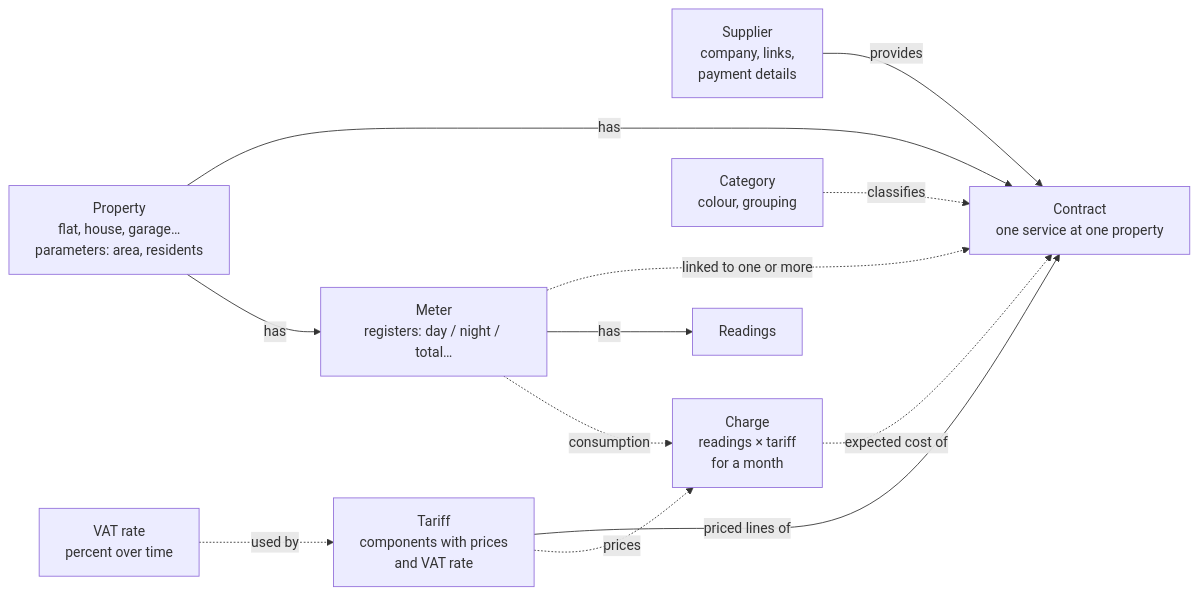
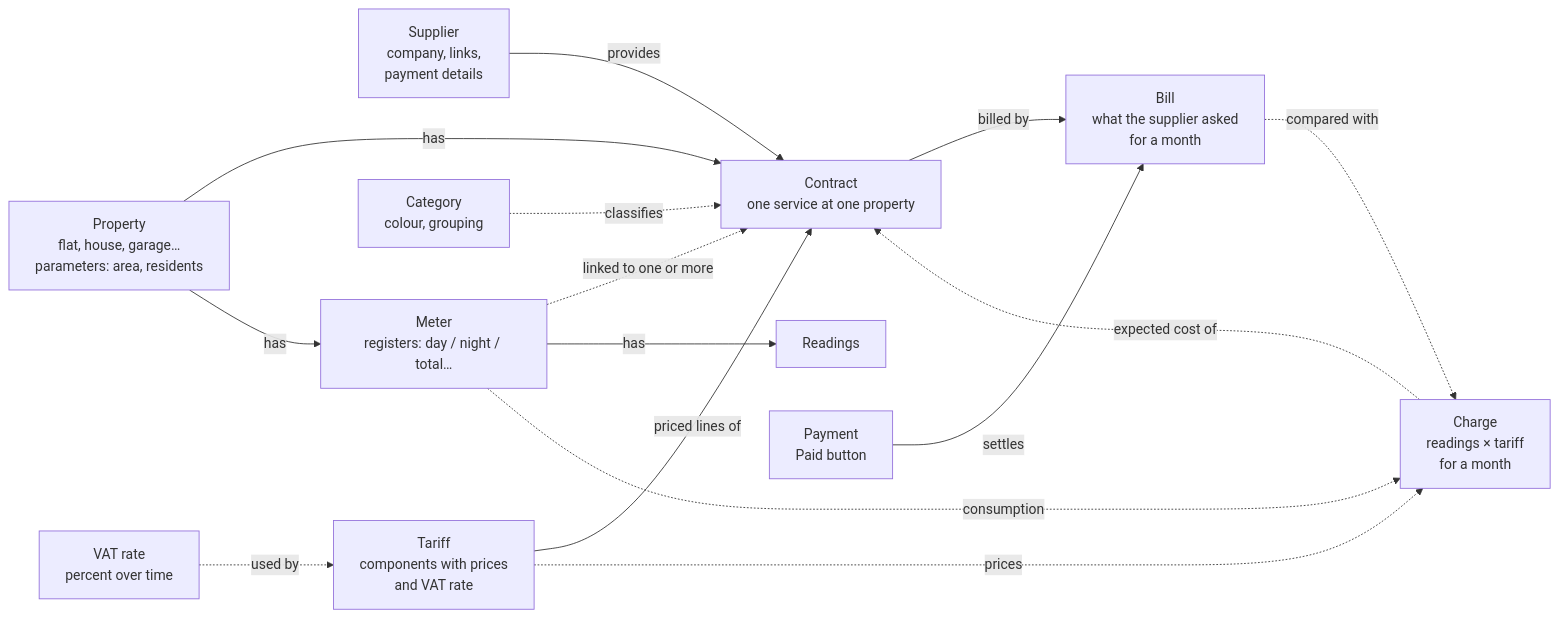
One commit to gromichek/HomeUtilities changed the diagram in docs/user-guide/img/relations.en.mmd. Above: the diagram before and after it, drawn with Mermaid. The commit also changed 98 other files, not shown here.

```diff
--- a/docs/user-guide/img/relations.en.mmd
+++ b/docs/user-guide/img/relations.en.mmd
@@ -1,13 +1,16 @@
 flowchart LR
     S[Supplier<br/>company, links,<br/>payment details] -->|provides| C
     P[Property<br/>flat, house, garage…<br/>parameters: area, residents] -->|has| C[Contract<br/>one service at one property]
     P -->|has| M[Meter<br/>registers: day / night / total…]
     M -.->|linked to one or more| C
     M -->|has| R[Readings]
     K[Category<br/>colour, grouping] -.->|classifies| C
     T[Tariff<br/>components with prices<br/>and VAT rate] -->|priced lines of| C
     V[VAT rate<br/>percent over time] -.->|used by| T
     M -.->|consumption| X
     T -.->|prices| X
     X[Charge<br/>readings × tariff<br/>for a month]
     X -.->|expected cost of| C
+    C -->|billed by| B[Bill<br/>what the supplier asked<br/>for a month]
+    B -.->|compared with| X
+    Y[Payment<br/>Paid button] -->|settles| B
```
